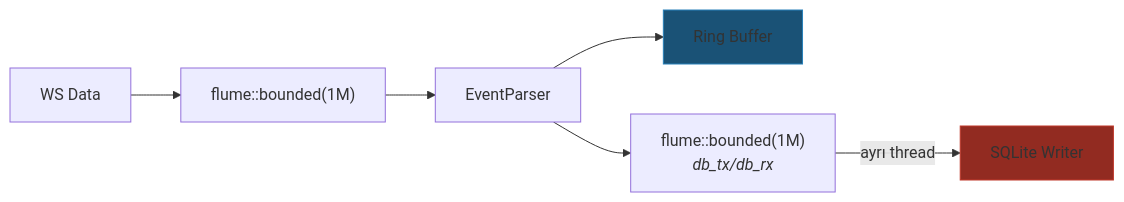
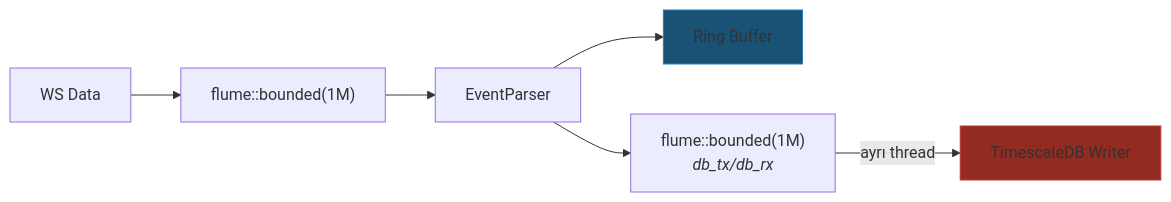
Before and after one commit to Quant-Trade-Lab-Community/cycle_finance_bot: the eighth of 9 diagrams in cycle-engine/MIMARI_PLAN.md, drawn with Mermaid. The commit also changed other lines of this file and 165 other files, not shown here.

Commit message:
docs: remove deleted services' code dumps and update architecture (Bölüm 3, 2, 1); update Cargo.toml workspace; update mermaid flowcharts; remove SQLite refs

````diff
--- a/cycle-engine/MIMARI_PLAN.md
+++ b/cycle-engine/MIMARI_PLAN.md
@@ -508,11 +508,11 @@
 ```mermaid
 flowchart LR
     WS["WS Data"] --> Q["flume::bounded(1M)"]
     Q --> PARSER["EventParser"]
     PARSER --> RING["Ring Buffer"]
     PARSER --> DB_Q["flume::bounded(1M)<br/><i>db_tx/db_rx</i>"]
-    DB_Q -->|"ayrı thread"| DB["SQLite Writer"]
+    DB_Q -->|"ayrı thread"| DB["TimescaleDB Writer"]
     
     style DB fill:#922B21,stroke:#C0392B
     style RING fill:#1A5276,stroke:#2980B9
 ```
````
